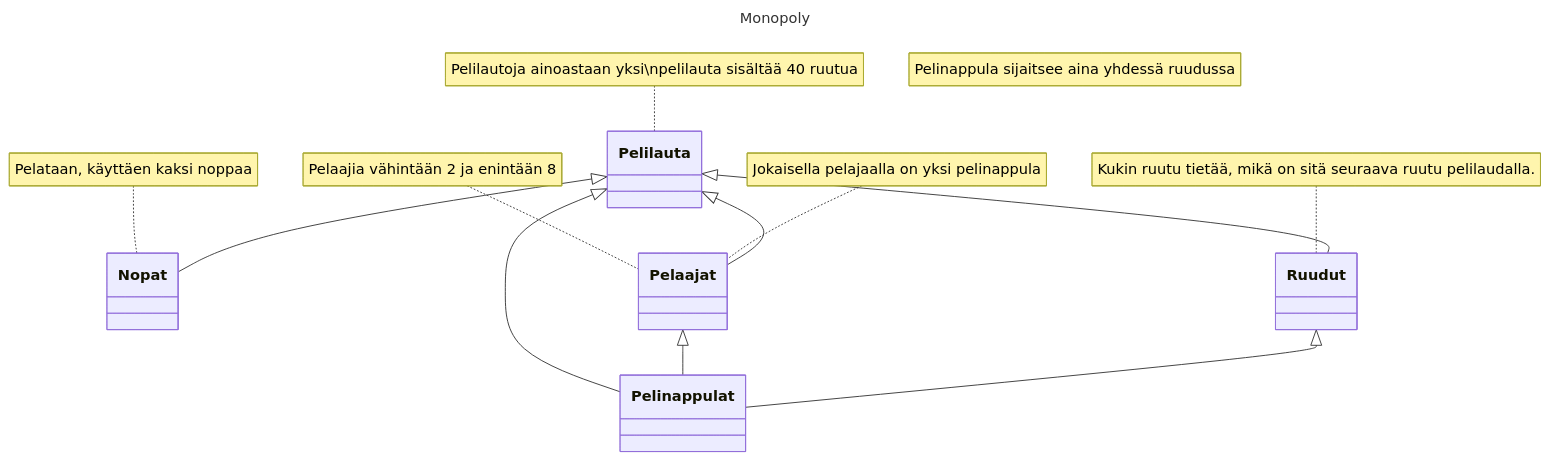
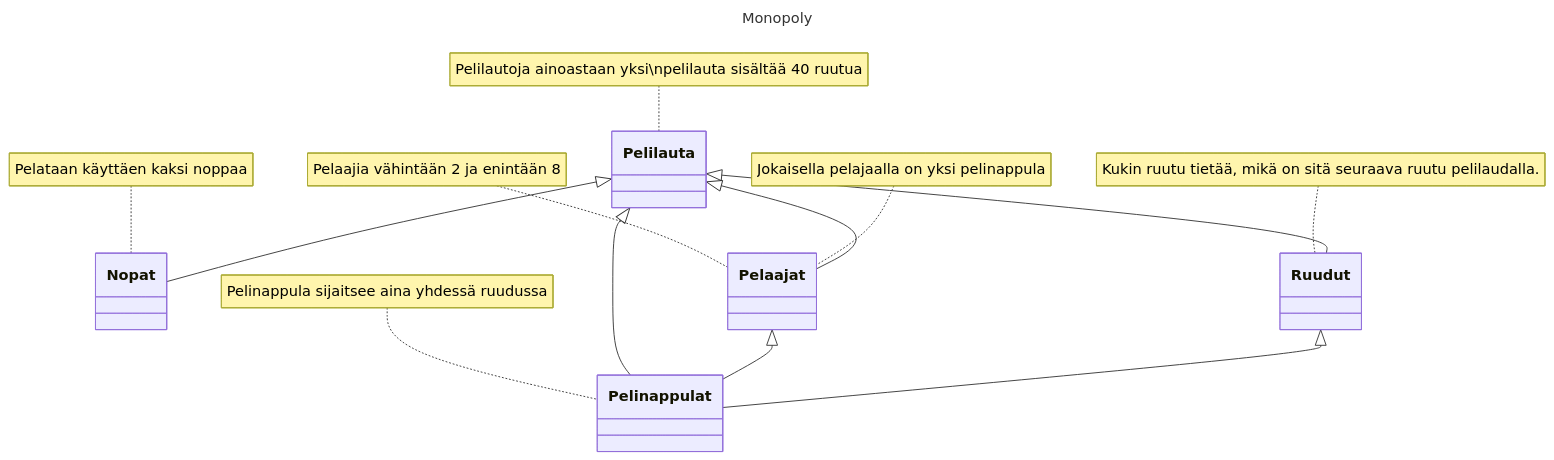
The diagram in laskarit/viikko3/monopoli.md (Yusuboy/TODO-APP), drawn with Mermaid before and after one commit.

Commit message:
Muokattiin monopoli.md

````diff
--- a/laskarit/viikko3/monopoli.md
+++ b/laskarit/viikko3/monopoli.md
@@ -2,20 +2,20 @@
 ```mermaid
 ---
 title: Monopoly
 ---
 classDiagram
 
     Pelilauta <|-- Nopat
-    note for Nopat "Pelataan, käyttäen kaksi noppaa"
+    note for Nopat "Pelataan käyttäen kaksi noppaa"
     Pelilauta <|-- Pelaajat
     note for Pelaajat "Pelaajia vähintään 2 ja enintään 8"
     note for Pelaajat "Jokaisella pelajaalla on yksi pelinappula"
     Pelilauta <|-- Ruudut
     note for Pelilauta "Pelilautoja ainoastaan yksi\npelilauta sisältää 40 ruutua"
     note for Ruudut "Kukin ruutu tietää, mikä on sitä seuraava ruutu pelilaudalla."
     Pelilauta <|-- Pelinappulat
-    note for Pelinappula "Pelinappula sijaitsee aina yhdessä ruudussa"
+    note for Pelinappulat "Pelinappula sijaitsee aina yhdessä ruudussa"
     Pelaajat  <|-- Pelinappulat
     Ruudut    <|-- Pelinappulat
     
 ```
````
